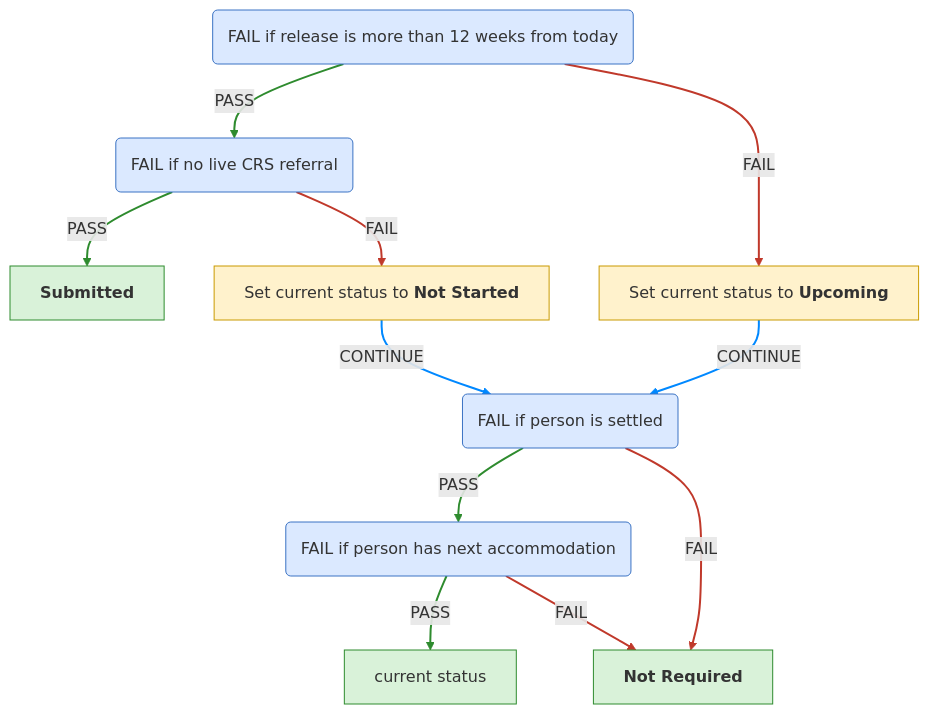
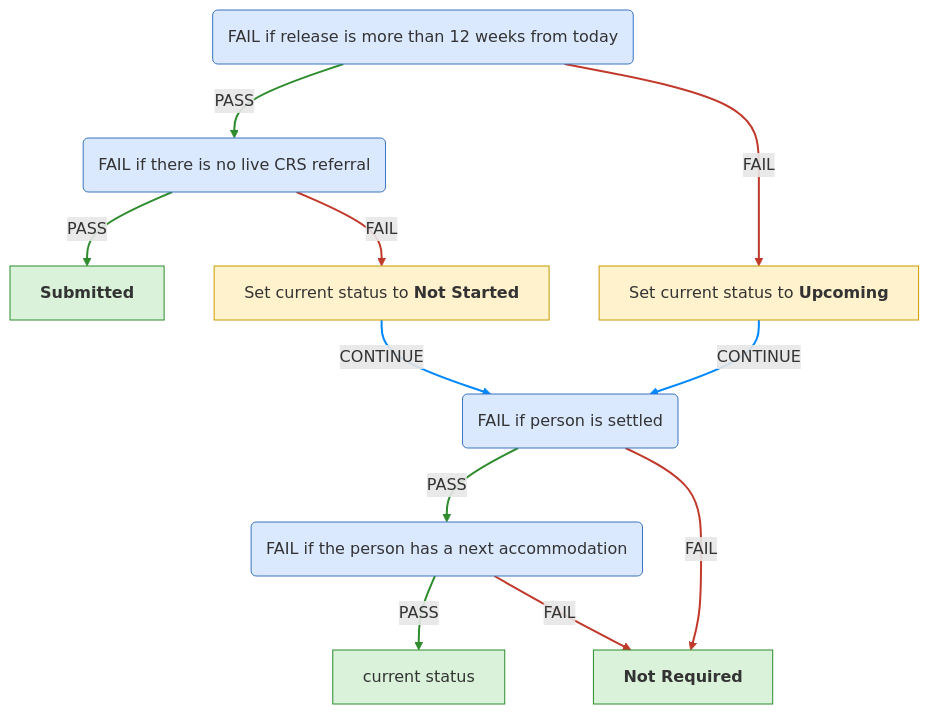
One commit to ministryofjustice/hmpps-single-accommodation-service-api changed the fourth of 6 diagrams in docs/eligibility-rules-graph.md. Above: the diagram before and after it, drawn with Mermaid. The commit also changed other lines of this file and 74 other files, not shown here.

````diff
--- a/docs/eligibility-rules-graph.md
+++ b/docs/eligibility-rules-graph.md
@@ -560,32 +644,32 @@
 ```mermaid
 %%{init: {"flowchart": {"wrappingWidth": 800}}}%%
 flowchart TD
   Release_Within_12_Weeks("<div style='text-align:left'>FAIL if release is more than 12 weeks from today</div>")
-  Live_CRS("<div style='text-align:left'>FAIL if no live CRS referral</div>")
+  Live_CRS("<div style='text-align:left'>FAIL if there is no live CRS referral</div>")
   CRS_SUBMITTED["<b>Submitted</b>"]
   Not_Settled("<div style='text-align:left'>FAIL if person is settled</div>")
-  No_Next_Accommodation("<div style='text-align:left'>FAIL if person has next accommodation</div>")
+  PASS_if_the_person_has_no_next_accommodation("<div style='text-align:left'>FAIL if the person has a next accommodation</div>")
   confirmed["current status"]
   CRS_NOT_REQUIRED["<b>Not Required</b>"]
   updater_CrsStartContextUpdater_Not_Settled["Set current status to <b>Not Started</b>"]
   updater_CrsUpcomingContextUpdater_Not_Settled["Set current status to <b>Upcoming</b>"]
   Live_CRS -->|PASS| CRS_SUBMITTED
-  No_Next_Accommodation -->|PASS| confirmed
-  No_Next_Accommodation -->|FAIL| CRS_NOT_REQUIRED
-  Not_Settled -->|PASS| No_Next_Accommodation
+  PASS_if_the_person_has_no_next_accommodation -->|PASS| confirmed
+  PASS_if_the_person_has_no_next_accommodation -->|FAIL| CRS_NOT_REQUIRED
+  Not_Settled -->|PASS| PASS_if_the_person_has_no_next_accommodation
   Not_Settled -->|FAIL| CRS_NOT_REQUIRED
   Live_CRS -->|FAIL| updater_CrsStartContextUpdater_Not_Settled
   updater_CrsStartContextUpdater_Not_Settled -->|CONTINUE| Not_Settled
   Release_Within_12_Weeks -->|PASS| Live_CRS
   Release_Within_12_Weeks -->|FAIL| updater_CrsUpcomingContextUpdater_Not_Settled
   updater_CrsUpcomingContextUpdater_Not_Settled -->|CONTINUE| Not_Settled
   linkStyle 0,1,3,7 stroke:#2e8b2e,stroke-width:2px
   linkStyle 2,4,5,8 stroke:#c0392b,stroke-width:2px
   linkStyle 6,9 stroke:#0088ff,stroke-width:2px
   classDef ruleSetNode fill:#dbe9ff,stroke:#3b73c4,color:#333
   classDef outcomeNode fill:#d9f2d9,stroke:#2e8b2e,color:#333
   classDef updaterNode fill:#fff2cc,stroke:#c99a00,color:#333
-  class Release_Within_12_Weeks,Live_CRS,Not_Settled,No_Next_Accommodation ruleSetNode
+  class Release_Within_12_Weeks,Live_CRS,Not_Settled,PASS_if_the_person_has_no_next_accommodation ruleSetNode
   class CRS_SUBMITTED,confirmed,CRS_NOT_REQUIRED outcomeNode
   class updater_CrsStartContextUpdater_Not_Settled,updater_CrsUpcomingContextUpdater_Not_Settled updaterNode
 ```
````
